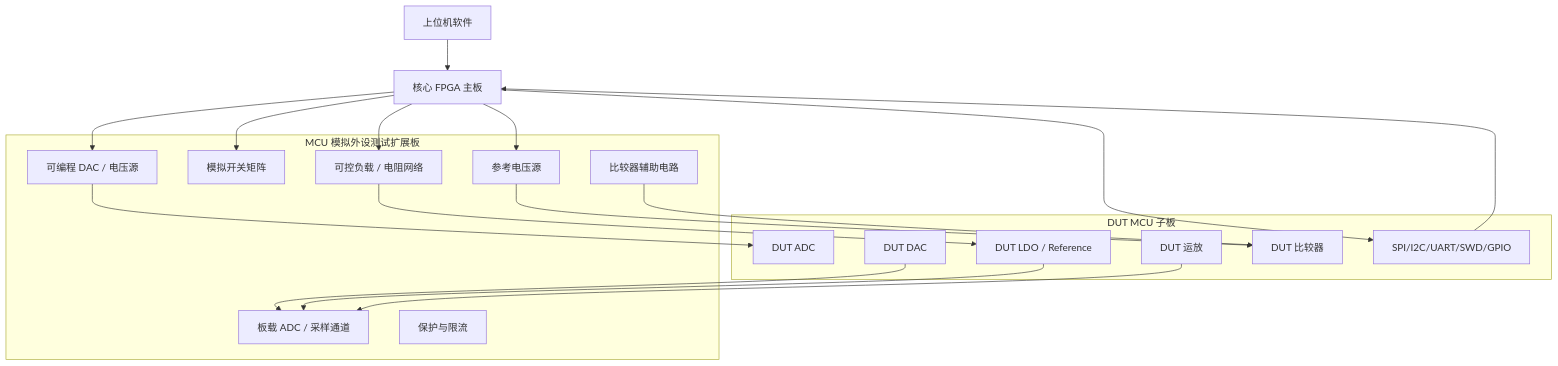
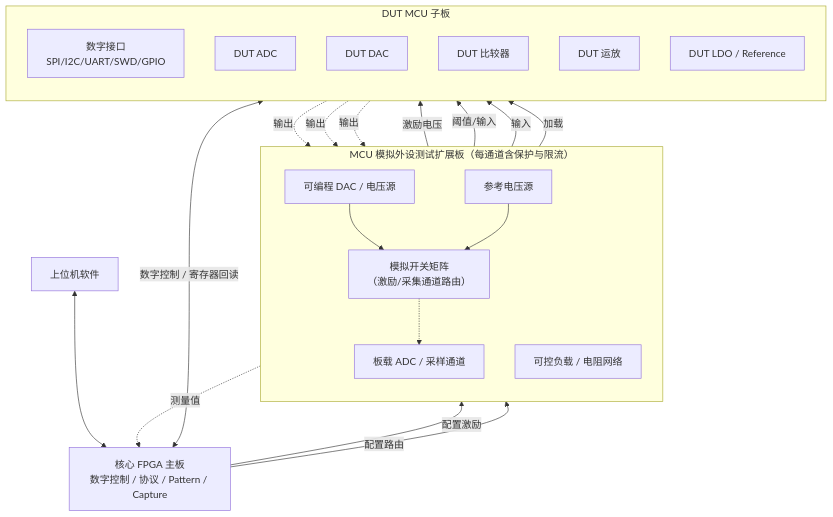
One commit to mynamelcz/fpga-test-platform changed the diagram in 05-MCU模拟外设测试方案.md. Above: the diagram before and after it, drawn with Mermaid. The commit also changed other lines of this file and 13 other files, not shown here.

````diff
--- a/05-MCU模拟外设测试方案.md
+++ b/05-MCU模拟外设测试方案.md
@@ -59,39 +59,44 @@
 ```mermaid
 flowchart TB
-    PC[上位机软件]
-    Core[核心 FPGA 主板]
+    PC["上位机软件"]
+    Core["核心 FPGA 主板<br/>数字控制 / 协议 / Pattern / Capture"]
 
-    subgraph Ext[MCU 模拟外设测试扩展板]
-        DAC[可编程 DAC / 电压源]
-        ADC[板载 ADC / 采样通道]
-        MUX[模拟开关矩阵]
-        LOAD[可控负载 / 电阻网络]
-        REF[参考电压源]
-        CMP[比较器辅助电路]
-        PROT[保护与限流]
+    subgraph Ext["MCU 模拟外设测试扩展板（每通道含保护与限流）"]
+        direction TB
+        DAC["可编程 DAC / 电压源"]
+        REF["参考电压源"]
+        MUX["模拟开关矩阵<br/>（激励/采集通道路由）"]
+        ADC["板载 ADC / 采样通道"]
+        LOAD["可控负载 / 电阻网络"]
     end
 
-    subgraph DUT[DUT MCU 子板]
-        DUTADC[DUT ADC]
-        DUTDAC[DUT DAC]
-        DUTCMP[DUT 比较器]
-        DUTOPA[DUT 运放]
-        DUTLDO[DUT LDO / Reference]
-        IF[SPI/I2C/UART/SWD/GPIO]
+    subgraph DUT["DUT MCU 子板"]
+        direction TB
+        IF["数字接口<br/>SPI/I2C/UART/SWD/GPIO"]
+        DUTADC["DUT ADC"]
+        DUTDAC["DUT DAC"]
+        DUTCMP["DUT 比较器"]
+        DUTOPA["DUT 运放"]
+        DUTLDO["DUT LDO / Reference"]
     end
 
-    PC --> Core
-    Core --> DAC
-    Core --> MUX
-    Core --> LOAD
-    Core --> REF
-    Core --> IF
-    DAC --> DUTADC
-    DUTDAC --> ADC
-    REF --> DUTCMP
-    CMP --> DUTCMP
-    DUTOPA --> ADC
-    DUTLDO --> ADC
-    LOAD --> DUTLDO
-    IF --> Core
+    PC <--> Core
+    Core <-->|"数字控制 / 寄存器回读"| IF
+
+    %% 激励路径（实线）：扩展板 → DUT
+    Core -->|"配置激励"| DAC
+    Core -->|"配置路由"| MUX
+    DAC --> MUX
+    REF --> MUX
+    MUX -->|"激励电压"| DUTADC
+    MUX -->|"阈值/输入"| DUTCMP
+    MUX -->|"输入"| DUTOPA
+    LOAD -->|"加载"| DUTLDO
+
+    %% 采集路径（虚线）：DUT 输出 → 板载 ADC
+    DUTDAC -.->|"输出"| MUX
+    DUTOPA -.->|"输出"| MUX
+    DUTLDO -.->|"输出"| MUX
+    MUX -.-> ADC
+    ADC -.->|"测量值"| Core
 ```
````
